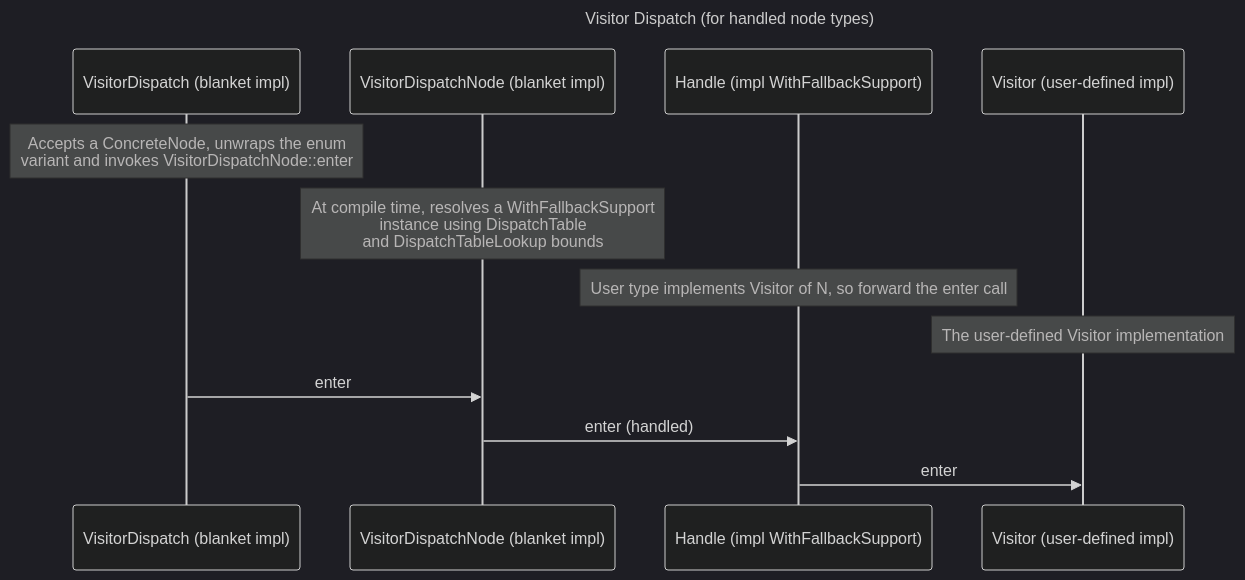
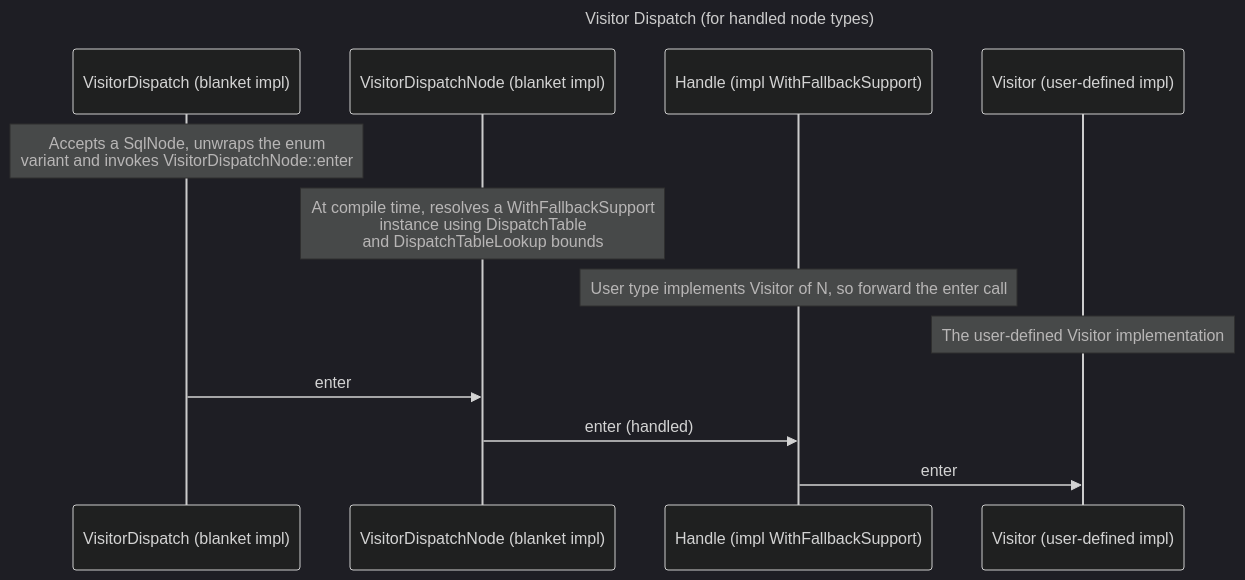
The diagram in packages/toolkit_core/src/dispatch_handled.mermaid (cipherstash/sqltk), drawn with Mermaid (dark theme) before and after one commit. The commit also changed 7 other files, not shown here.

Commit message:
Refactor: rename ConcreteNode enum => SqlNode

```diff
--- a/packages/toolkit_core/src/dispatch_handled.mermaid
+++ b/packages/toolkit_core/src/dispatch_handled.mermaid
@@ -1,17 +1,17 @@
 ---
 title: Visitor Dispatch (for handled node types)
 ---
 sequenceDiagram
     participant A as VisitorDispatch (blanket impl)
     participant B as VisitorDispatchNode (blanket impl)
     participant C as Handle (impl WithFallbackSupport)
     participant D as Visitor (user-defined impl)
 
-    Note over A: Accepts a ConcreteNode, unwraps the enum<br/>variant and invokes VisitorDispatchNode::enter
+    Note over A: Accepts a SqlNode, unwraps the enum<br/>variant and invokes VisitorDispatchNode::enter
     Note over B: At compile time, resolves a WithFallbackSupport<br/>instance using DispatchTable<br/>and DispatchTableLookup bounds
     Note over C: User type implements Visitor of N, so forward the enter call
     Note over D: The user-defined Visitor implementation
 
     A->>B: enter
     B->>C: enter (handled)
     C->>D: enter
```
